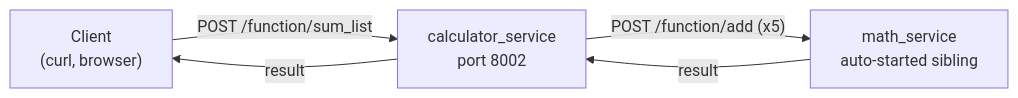
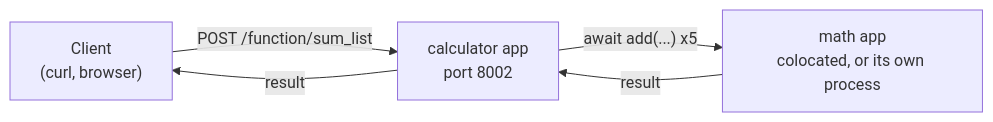
One commit to jaseci-labs/jaseci changed the diagram in jac/jaclang/cli/docs/tutorials/production/microservices.md. Above: the diagram before and after it, drawn with Mermaid. The commit also changed other lines of this file and 719 other files, not shown here.

````diff
--- a/jac/jaclang/cli/docs/tutorials/production/microservices.md
+++ b/jac/jaclang/cli/docs/tutorials/production/microservices.md
@@ -23,7 +21,7 @@
 ```mermaid
 graph LR
-    Client["Client<br/>(curl, browser)"] -- "POST /function/sum_list" --> Calc["calculator_service<br/>port 8002"]
-    Calc -- "POST /function/add (x5)" --> Math["math_service<br/>auto-started sibling"]
+    Client["Client<br/>(curl, browser)"] -- "POST /function/sum_list" --> Calc["calculator app<br/>port 8002"]
+    Calc -- "await add(...) x5" --> Math["math app<br/>colocated, or its own process"]
     Math -- "result" --> Calc
     Calc -- "result" --> Client
 ```
````
